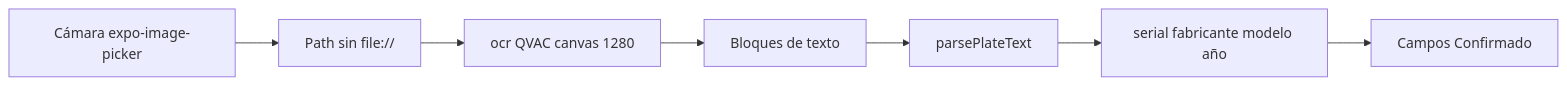
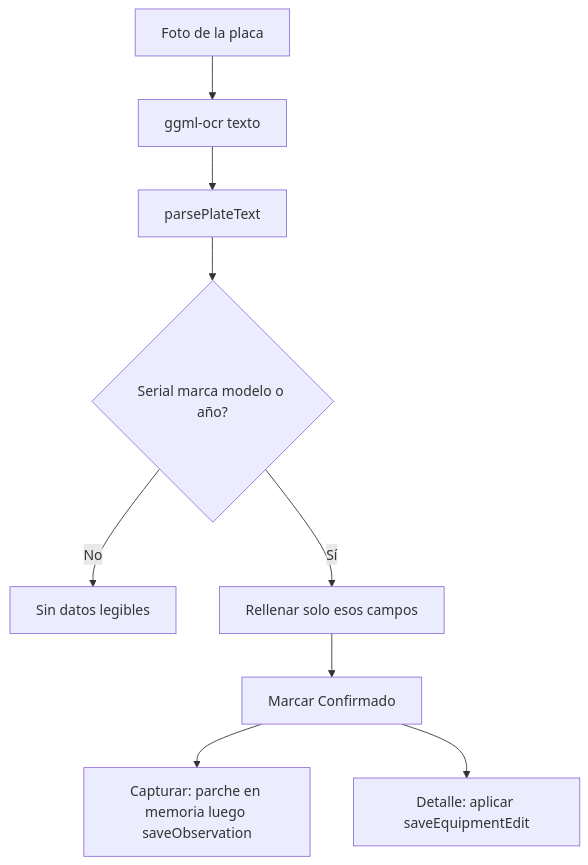
Before and after one commit to Jungus80/Q-Pino: the eighth of 9 diagrams in README.md, drawn with Mermaid. The commit also changed other lines of this file, not shown here.

Commit message:
Explicar qué detecta el OCR y cómo rellena cada campo.

````diff
--- a/README.md
+++ b/README.md
@@ -302,9 +325,11 @@
 ```mermaid
-flowchart LR
-  cam[Cámara expo-image-picker] --> path[Path sin file://]
-  path --> ocr["ocr QVAC canvas 1280"]
-  ocr --> lines[Bloques de texto]
-  lines --> parse[parsePlateText]
-  parse --> fields[serial fabricante modelo año]
-  fields --> conf[Campos Confirmado]
+flowchart TD
+  photo[Foto de la placa] --> ocr[ggml-ocr texto]
+  ocr --> parse[parsePlateText]
+  parse --> empty{Serial marca modelo o año?}
+  empty -->|No| alert[Sin datos legibles]
+  empty -->|Sí| fill[Rellenar solo esos campos]
+  fill --> status[Marcar Confirmado]
+  status --> capture[Capturar: parche en memoria luego saveObservation]
+  status --> detail[Detalle: aplicar saveEquipmentEdit]
 ```
````
